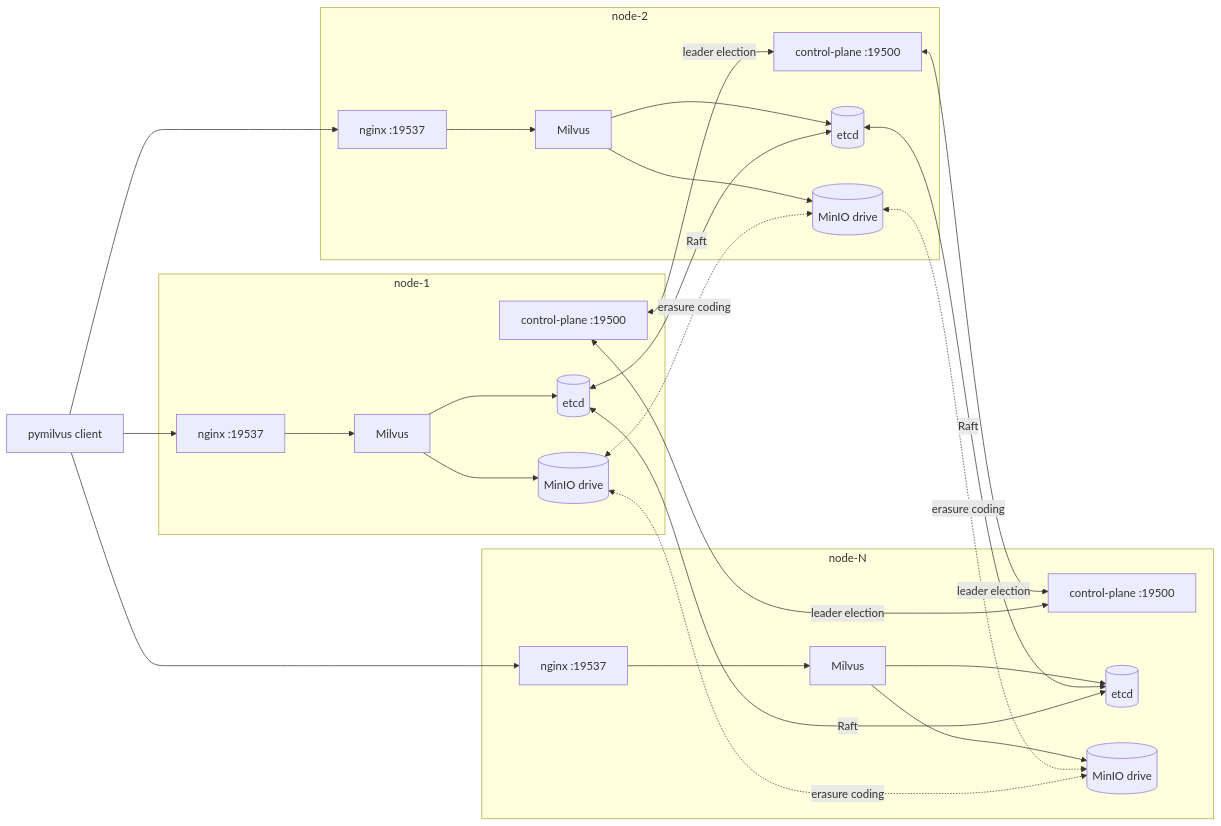
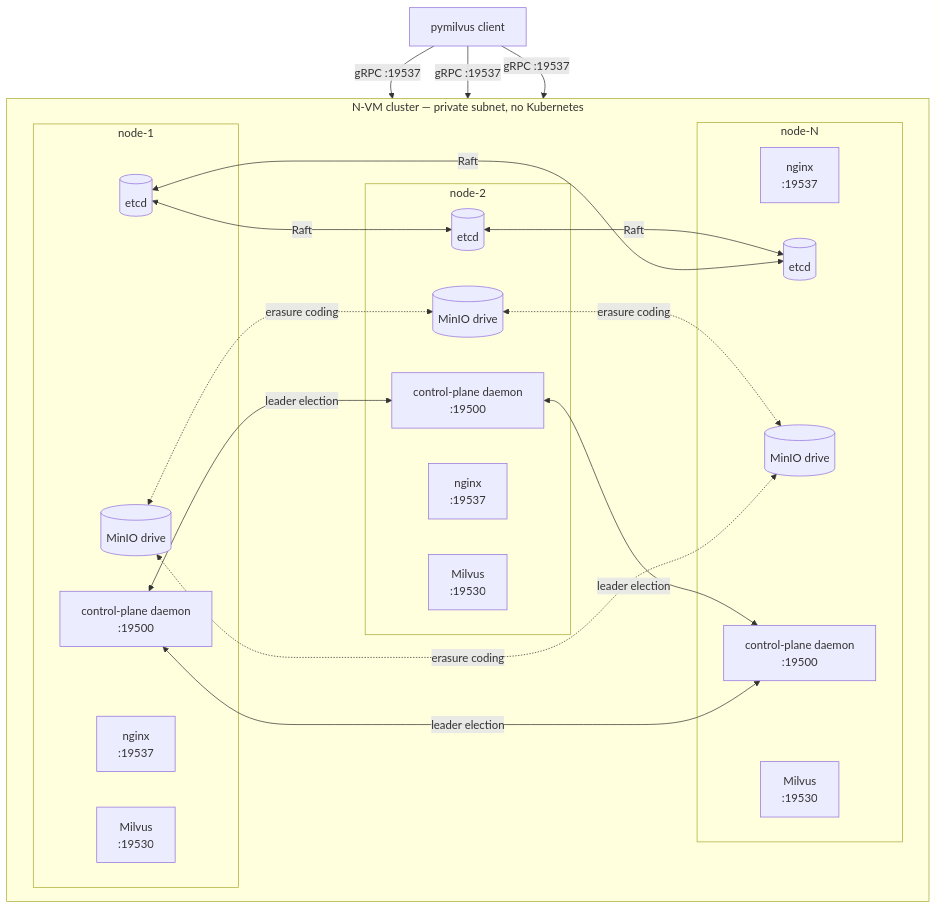
One commit to codeadeel/milvus-onprem changed the diagram in README.md. Above: the diagram before and after it, drawn with Mermaid. The commit also changed other lines of this file and 3 other files, not shown here.

````diff
--- a/README.md
+++ b/README.md
@@ -26,37 +22,45 @@
 ```mermaid
-flowchart LR
-  C[pymilvus client]
+flowchart TB
+  C["pymilvus client"]
 
-  subgraph node1["node-1"]
-    N1[nginx :19537] --> M1[Milvus]
-    D1[control-plane :19500]
-    M1 --> E1[(etcd)]
-    M1 --> S1[(MinIO drive)]
-  end
-  subgraph node2["node-2"]
-    N2[nginx :19537] --> M2[Milvus]
-    D2[control-plane :19500]
-    M2 --> E2[(etcd)]
-    M2 --> S2[(MinIO drive)]
-  end
-  subgraph nodeN["node-N"]
-    NN[nginx :19537] --> MN[Milvus]
-    DN[control-plane :19500]
-    MN --> EN[(etcd)]
-    MN --> SN[(MinIO drive)]
+  subgraph cluster["N-VM cluster — private subnet, no Kubernetes"]
+    direction LR
+    subgraph n1["node-1"]
+      LB1["nginx<br/>:19537"]
+      M1["Milvus<br/>:19530"]
+      D1["control-plane daemon<br/>:19500"]
+      E1[("etcd")]
+      S1[("MinIO drive")]
+    end
+    subgraph n2["node-2"]
+      LB2["nginx<br/>:19537"]
+      M2["Milvus<br/>:19530"]
+      D2["control-plane daemon<br/>:19500"]
+      E2[("etcd")]
+      S2[("MinIO drive")]
+    end
+    subgraph nN["node-N"]
+      LBN["nginx<br/>:19537"]
+      MN["Milvus<br/>:19530"]
+      DN["control-plane daemon<br/>:19500"]
+      EN[("etcd")]
+      SN[("MinIO drive")]
+    end
   end
 
-  C --> N1
-  C --> N2
-  C --> NN
+  C -->|"gRPC :19537"| LB1
+  C -->|"gRPC :19537"| LB2
+  C -->|"gRPC :19537"| LBN
 
-  E1 <-->|Raft| E2
-  E2 <-->|Raft| EN
-  E1 <-->|Raft| EN
-  S1 <-.->|erasure coding| S2
-  S2 <-.->|erasure coding| SN
-  S1 <-.->|erasure coding| SN
-  D1 <-->|leader election| D2
-  D2 <-->|leader election| DN
-  D1 <-->|leader election| DN
+  E1 <-->|"Raft"| E2
+  E2 <-->|"Raft"| EN
+  E1 <-->|"Raft"| EN
+
+  S1 <-.->|"erasure coding"| S2
+  S2 <-.->|"erasure coding"| SN
+  S1 <-.->|"erasure coding"| SN
+
+  D1 <-->|"leader election"| D2
+  D2 <-->|"leader election"| DN
+  D1 <-->|"leader election"| DN
 ```
````
